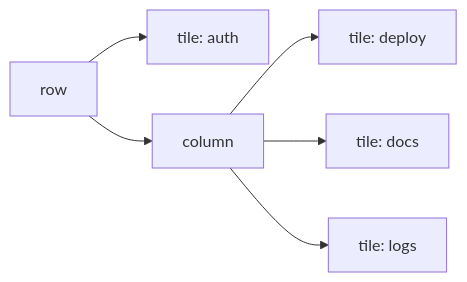
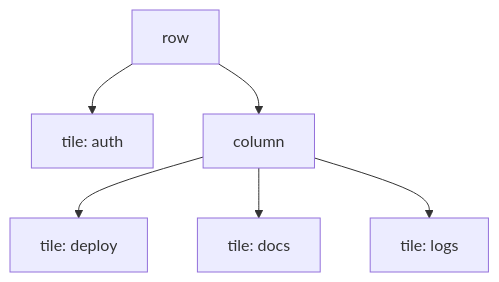
The second of 3 diagrams in docs/plans/2026-09-12-multi-session-workspaces-design.md (ViktorBarzin/terminal-lobby), drawn with Mermaid before and after one commit. The commit also changed other lines of this file and 1 other file, not shown here.

First line of the commit message:
docs: tone pass and phone-friendly diagrams on the workspaces design

````diff
--- a/docs/plans/2026-09-12-multi-session-workspaces-design.md
+++ b/docs/plans/2026-09-12-multi-session-workspaces-design.md
@@ -102,8 +110,8 @@
 ```mermaid
-flowchart LR
+flowchart TD
   R["row"] --> A["tile: auth"]
   R --> C["column"]
   C --> B["tile: deploy"]
   C --> D["tile: docs"]
   C --> E["tile: logs"]
 ```
````
